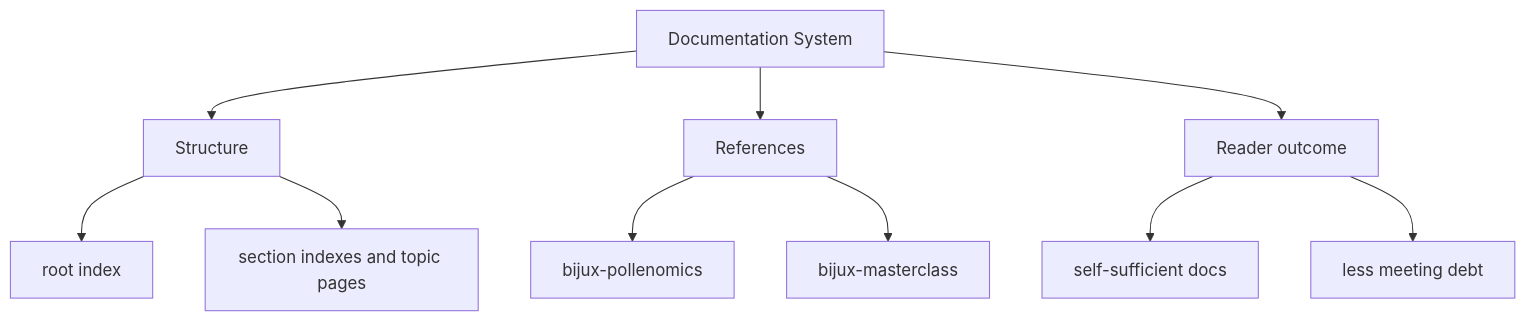
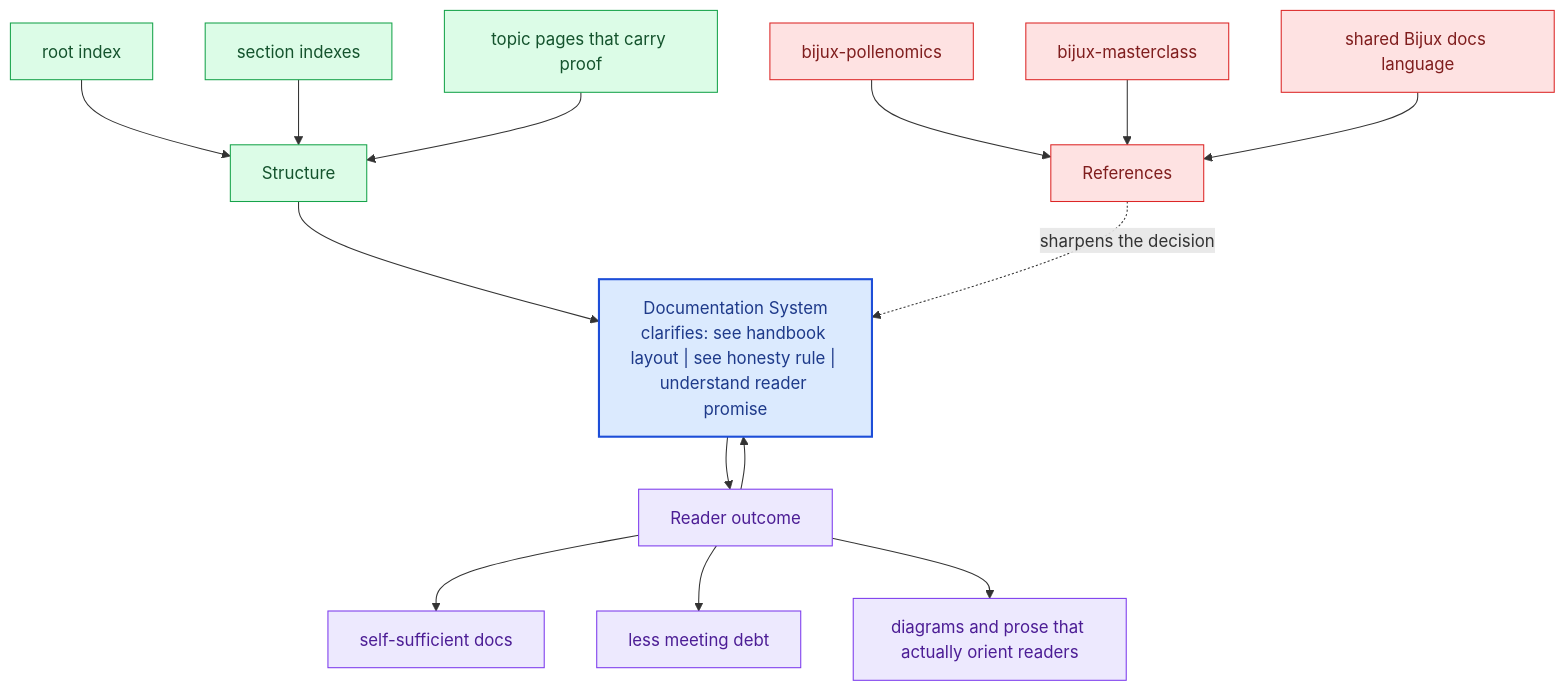
Before and after one commit to bijux/bijux-canon: the second of 2 diagrams in docs/bijux-canon/documentation-system.md, drawn with Mermaid. The commit also changed other lines of this file and 281 other files, not shown here.

Commit message:
docs(diagrams): deepen handbook mermaid maps across the catalog

````diff
--- a/docs/bijux-canon/documentation-system.md
+++ b/docs/bijux-canon/documentation-system.md
@@ -43,22 +76,40 @@
 ```mermaid
-flowchart TD
-    page["Documentation System"]
+flowchart TB
+    promise["Documentation System<br/>clarifies: see handbook layout | see honesty rule | understand reader promise"]
+    classDef promise fill:#dbeafe,stroke:#1d4ed8,color:#1e3a8a,stroke-width:2px;
+    classDef driver fill:#dcfce7,stroke:#16a34a,color:#14532d;
+    classDef constraint fill:#fee2e2,stroke:#dc2626,color:#7f1d1d;
+    classDef ground fill:#ede9fe,stroke:#7c3aed,color:#4c1d95;
     focus1["Structure"]
-    page --> focus1
+    focus1 --> promise
     focus1_1["root index"]
-    focus1 --> focus1_1
-    focus1_2["section indexes and topic pages"]
-    focus1 --> focus1_2
+    focus1_1 --> focus1
+    focus1_2["section indexes"]
+    focus1_2 --> focus1
+    focus1_3["topic pages that carry proof"]
+    focus1_3 --> focus1
+    class focus1 driver;
+    class focus1_1,focus1_2,focus1_3 driver;
     focus2["References"]
-    page --> focus2
+    focus2 -.sharpens the decision.-> promise
     focus2_1["bijux-pollenomics"]
-    focus2 --> focus2_1
+    focus2_1 --> focus2
     focus2_2["bijux-masterclass"]
-    focus2 --> focus2_2
+    focus2_2 --> focus2
+    focus2_3["shared Bijux docs language"]
+    focus2_3 --> focus2
+    class focus2 constraint;
+    class focus2_1,focus2_2,focus2_3 constraint;
     focus3["Reader outcome"]
-    page --> focus3
+    focus3 --> promise
+    promise --> focus3
     focus3_1["self-sufficient docs"]
     focus3 --> focus3_1
     focus3_2["less meeting debt"]
     focus3 --> focus3_2
+    focus3_3["diagrams and prose that actually orient readers"]
+    focus3 --> focus3_3
+    class focus3 ground;
+    class focus3_1,focus3_2,focus3_3 ground;
+    class promise promise;
 ```
````
